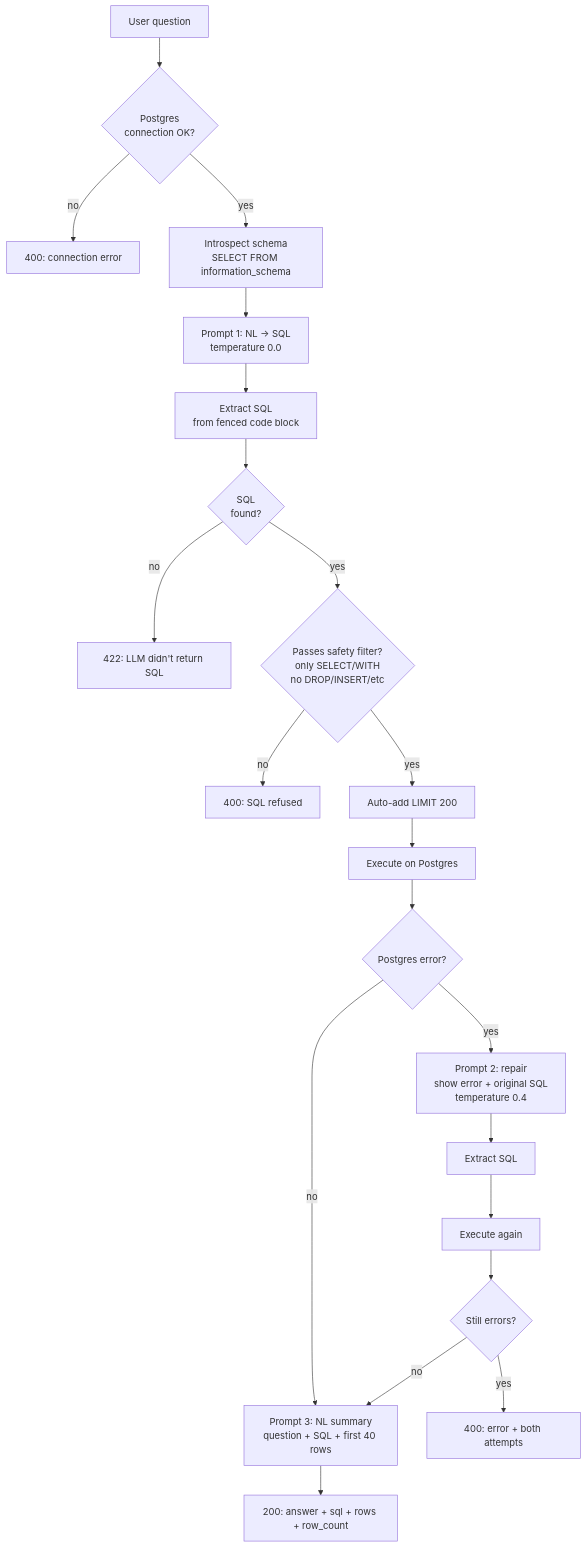
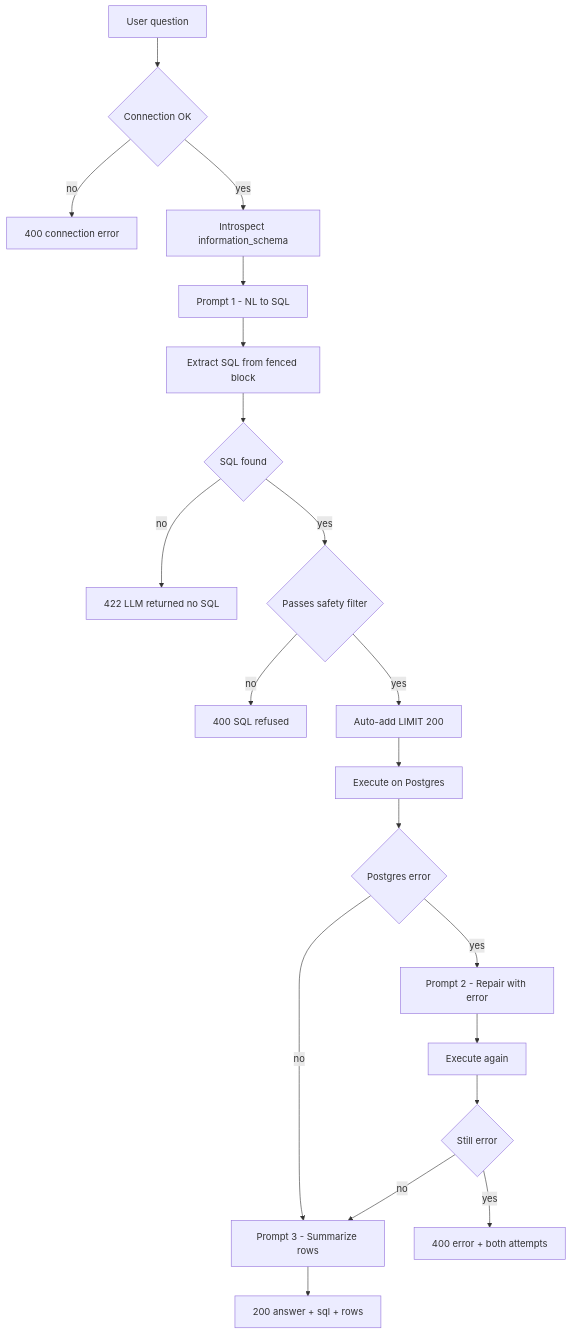
One commit to OranextAI/CogniFactory changed the second of 2 diagrams in backend/API.md. Above: the diagram before and after it, drawn with Mermaid. The commit also changed other lines of this file, not shown here.

Commit message:
docs: fix Mermaid diagrams for v8.8.0 compatibility
GitHub now ships current Mermaid but some viewers (Notion, Confluence,
older IDE plugins) still pin to 8.8.0 and choke on:
  - actor keyword (added 9.x)  -> use participant
  - flowchart keyword (added 8.9) -> use graph TD
  - -- label --> edge syntax     -> use -->|label|
  - <br/> inside node labels and Note lines (inconsistent in 8.8.0)
  - Unicode arrow and special punctuation inside [] labels

Rewrote both diagrams in the 8.8.0 subset. Same content, plainer style.

````diff
--- a/backend/API.md
+++ b/backend/API.md
@@ -400,23 +400,22 @@
 ```mermaid
-flowchart TD
-    Q[User question] --> CONN{Postgres<br/>connection OK?}
-    CONN -- no --> E1[400: connection error]
-    CONN -- yes --> INTRO[Introspect schema<br/>SELECT FROM information_schema]
-    INTRO --> P1[Prompt 1: NL → SQL<br/>temperature 0.0]
-    P1 --> EXTRACT[Extract SQL<br/>from fenced code block]
-    EXTRACT --> EMPTY{SQL<br/>found?}
-    EMPTY -- no --> E2[422: LLM didn't return SQL]
-    EMPTY -- yes --> SAFE{Passes safety filter?<br/>only SELECT/WITH<br/>no DROP/INSERT/etc}
-    SAFE -- no --> E3[400: SQL refused]
-    SAFE -- yes --> LIMIT[Auto-add LIMIT 200]
+graph TD
+    Q[User question] --> CONN{Connection OK}
+    CONN -->|no| E1[400 connection error]
+    CONN -->|yes| INTRO[Introspect information_schema]
+    INTRO --> P1[Prompt 1 - NL to SQL]
+    P1 --> EXTRACT[Extract SQL from fenced block]
+    EXTRACT --> EMPTY{SQL found}
+    EMPTY -->|no| E2[422 LLM returned no SQL]
+    EMPTY -->|yes| SAFE{Passes safety filter}
+    SAFE -->|no| E3[400 SQL refused]
+    SAFE -->|yes| LIMIT[Auto-add LIMIT 200]
     LIMIT --> EXEC1[Execute on Postgres]
-    EXEC1 --> ERR1{Postgres error?}
-    ERR1 -- no --> SUMM
-    ERR1 -- yes --> REPAIR[Prompt 2: repair<br/>show error + original SQL<br/>temperature 0.4]
-    REPAIR --> EXTRACT2[Extract SQL]
-    EXTRACT2 --> EXEC2[Execute again]
-    EXEC2 --> ERR2{Still errors?}
-    ERR2 -- yes --> E4[400: error + both attempts]
-    ERR2 -- no --> SUMM[Prompt 3: NL summary<br/>question + SQL + first 40 rows]
-    SUMM --> RET[200: answer + sql + rows + row_count]
+    EXEC1 --> ERR1{Postgres error}
+    ERR1 -->|no| SUMM[Prompt 3 - Summarize rows]
+    ERR1 -->|yes| REPAIR[Prompt 2 - Repair with error]
+    REPAIR --> EXEC2[Execute again]
+    EXEC2 --> ERR2{Still error}
+    ERR2 -->|yes| E4[400 error + both attempts]
+    ERR2 -->|no| SUMM
+    SUMM --> RET[200 answer + sql + rows]
 ```
````
